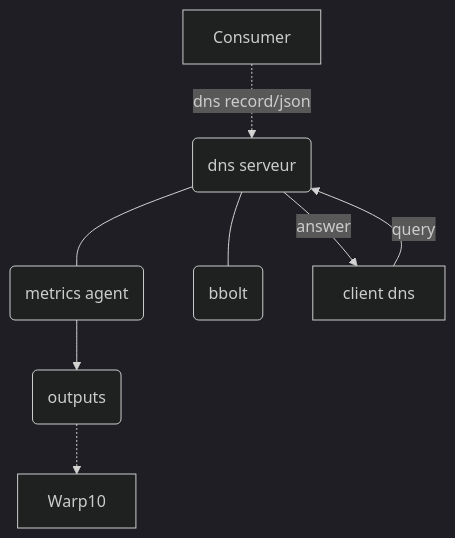
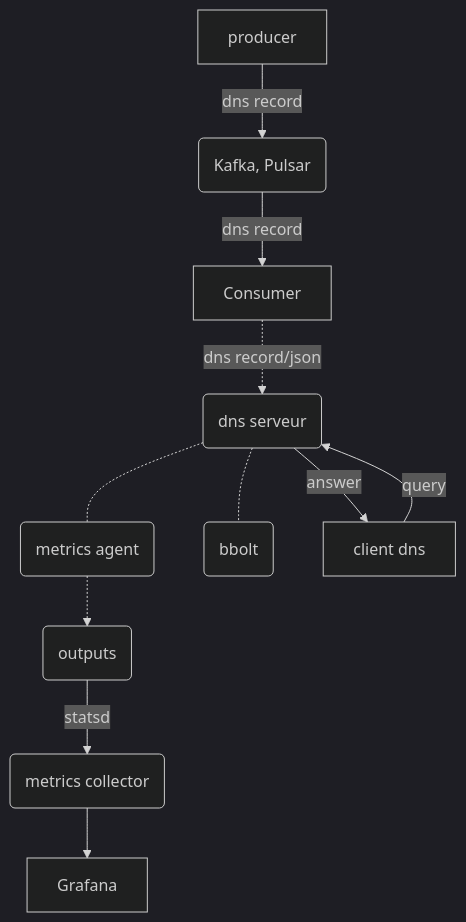
Before and after one commit to CleverCloud/stream-dns: the diagram in README.md, drawn with Mermaid (dark theme).

Commit message:
update the mermaid diagram in the README
Add the complete mermaid diagram.

````diff
--- a/README.md
+++ b/README.md
@@ -17,10 +17,13 @@
 ``` mermaid
 graph TD
+producer -->|dns record| Kafka
+Kafka(Kafka, Pulsar) -->|dns record| Consumer
 Consumer -.->|dns record/json| D
-D(dns serveur) --- A
-D --- B(bbolt)
+D(dns serveur) -.- A
+D -.- B(bbolt)
 C[client dns] -- query --> D
 D(dns serveur) -- answer --> C
-A(metrics agent) --> O(outputs)
-O -.-> Warp10
+A(metrics agent) -.-> O(outputs)
+O -->|statsd| M(metrics collector)
+M --> Grafana
 ```
````
